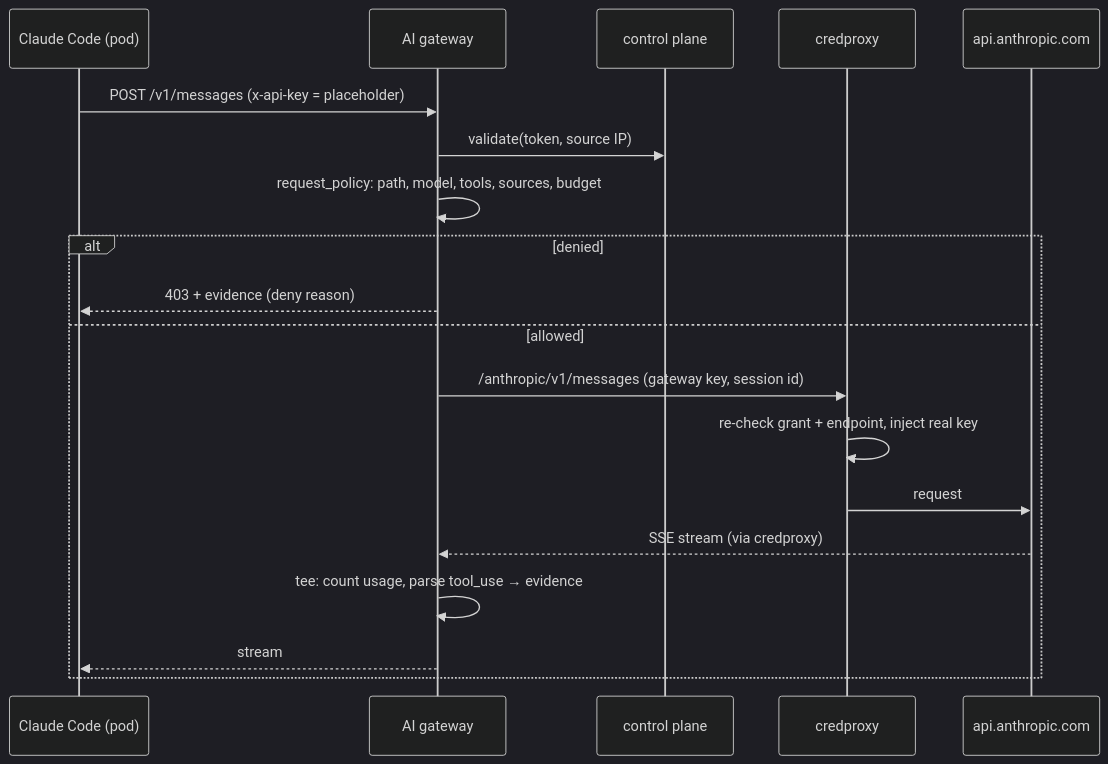
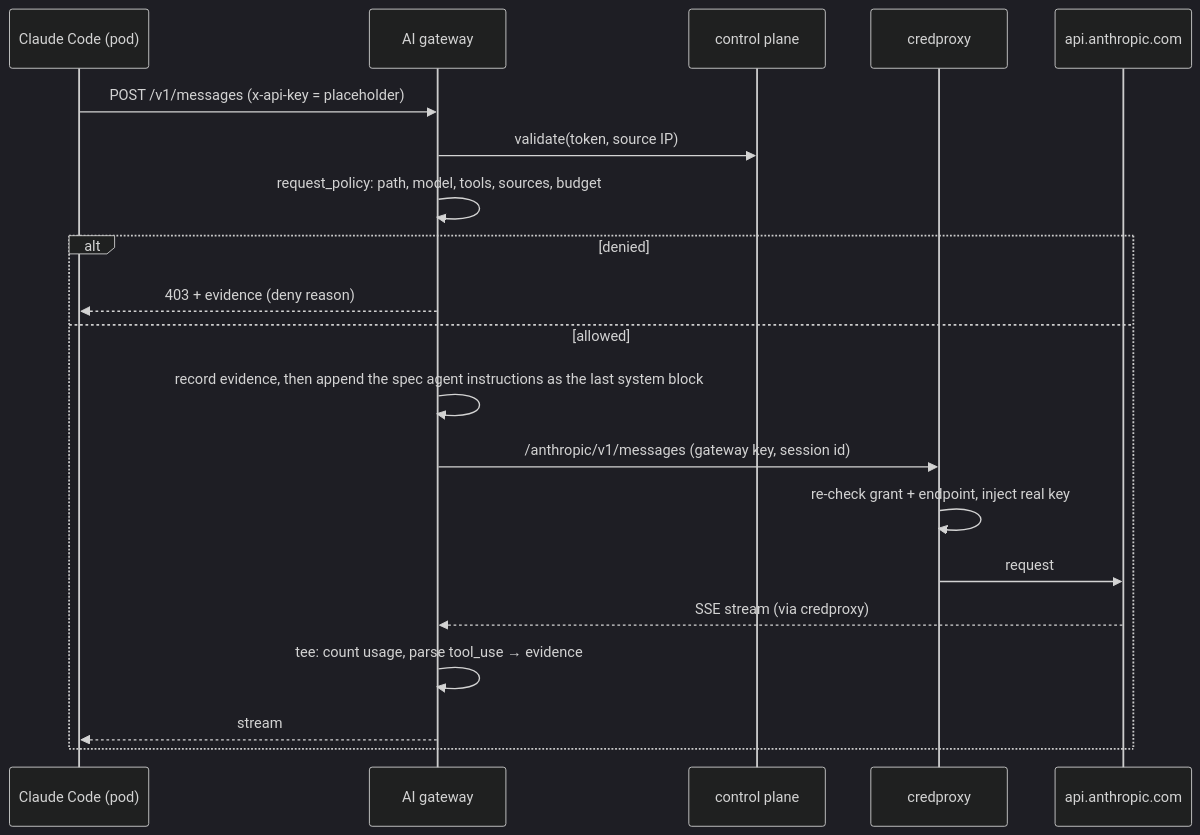
One commit to bhadradiyaniravnl/security-assignment-forgoodai changed the fourth of 6 diagrams in docs/ARCHITECTURE.md. Above: the diagram before and after it, drawn with Mermaid (dark theme). The commit also changed other lines of this file and 1 other file, not shown here.

First line of the commit message:
Diagrams and topology match the deployed system

````diff
--- a/docs/ARCHITECTURE.md
+++ b/docs/ARCHITECTURE.md
@@ -508,21 +511,22 @@
 ```mermaid
 sequenceDiagram
   participant P as Claude Code (pod)
   participant G as AI gateway
   participant CP as control plane
   participant CR as credproxy
   participant A as api.anthropic.com
   P->>G: POST /v1/messages (x-api-key = placeholder)
   G->>CP: validate(token, source IP)
   G->>G: request_policy: path, model, tools, sources, budget
   alt denied
     G-->>P: 403 + evidence (deny reason)
   else allowed
+    G->>G: record evidence, then append the spec agent instructions as the last system block
     G->>CR: /anthropic/v1/messages (gateway key, session id)
     CR->>CR: re-check grant + endpoint, inject real key
     CR->>A: request
     A-->>G: SSE stream (via credproxy)
     G->>G: tee: count usage, parse tool_use → evidence
     G-->>P: stream
   end
 ```
````
